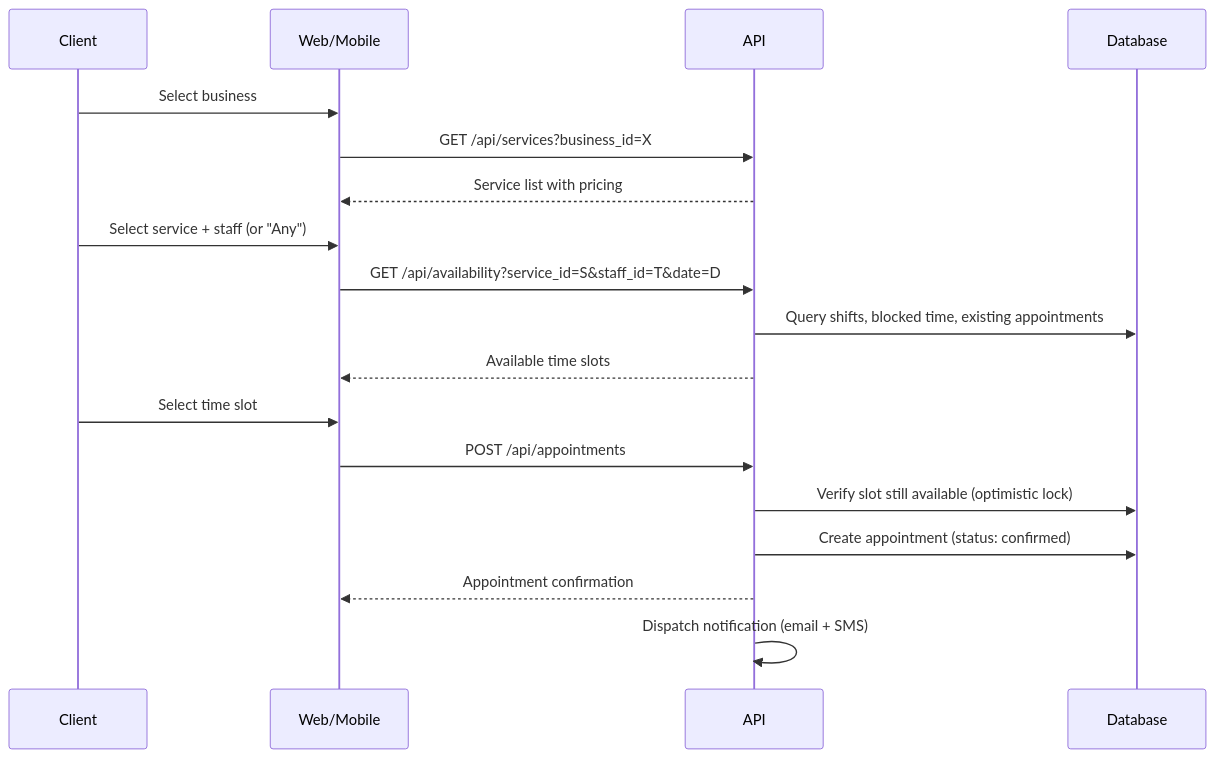
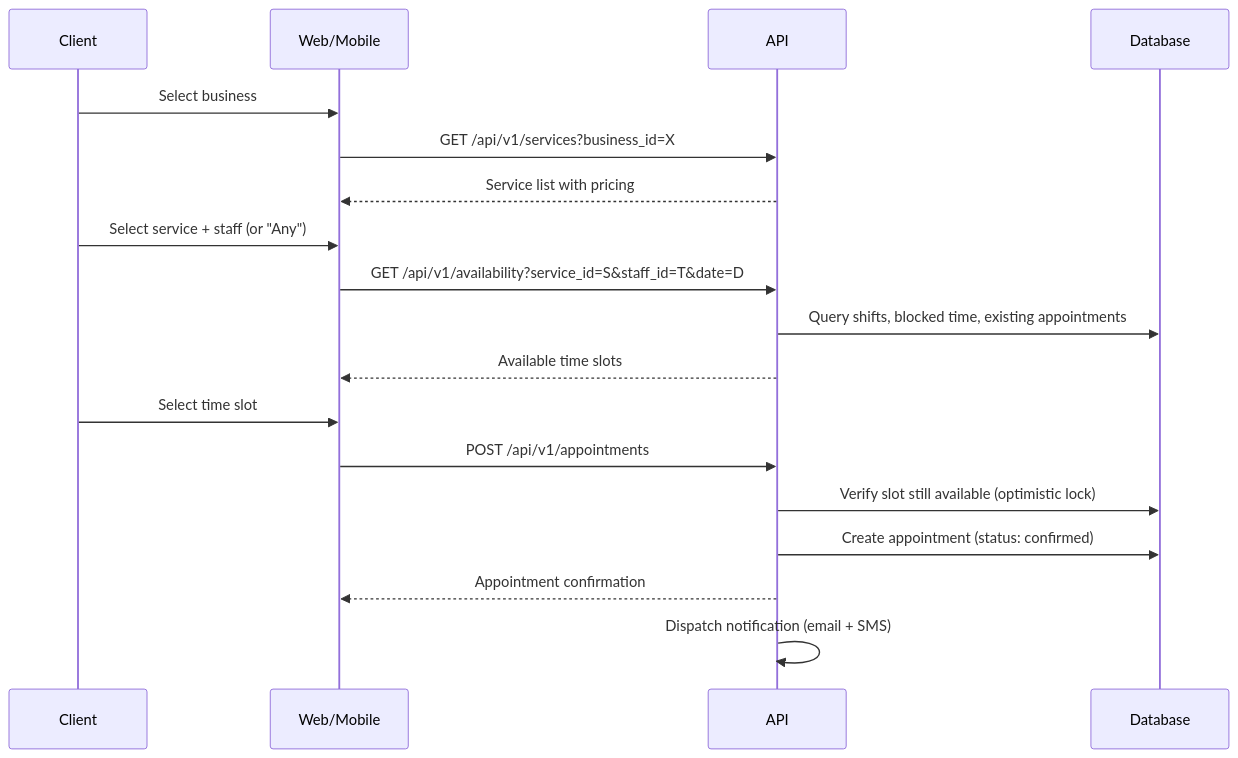
The third of 4 diagrams in docs/ARCHITECTURE.md (ZPLabs/GlowNow), drawn with Mermaid before and after one commit. The commit also changed other lines of this file, not shown here.

First line of the commit message:
docs(api): align ARCHITECTURE.md with CLAUDE.md conventions

````diff
--- a/docs/ARCHITECTURE.md
+++ b/docs/ARCHITECTURE.md
@@ -370,24 +479,24 @@
 ```mermaid
 sequenceDiagram
     participant C as Client
     participant W as Web/Mobile
     participant A as API
     participant DB as Database
 
     C->>W: Select business
-    W->>A: GET /api/services?business_id=X
+    W->>A: GET /api/v1/services?business_id=X
     A-->>W: Service list with pricing
 
     C->>W: Select service + staff (or "Any")
-    W->>A: GET /api/availability?service_id=S&staff_id=T&date=D
+    W->>A: GET /api/v1/availability?service_id=S&staff_id=T&date=D
     A->>DB: Query shifts, blocked time, existing appointments
     A-->>W: Available time slots
 
     C->>W: Select time slot
-    W->>A: POST /api/appointments
+    W->>A: POST /api/v1/appointments
     A->>DB: Verify slot still available (optimistic lock)
     A->>DB: Create appointment (status: confirmed)
     A-->>W: Appointment confirmation
 
     A->>A: Dispatch notification (email + SMS)
 ```
````
